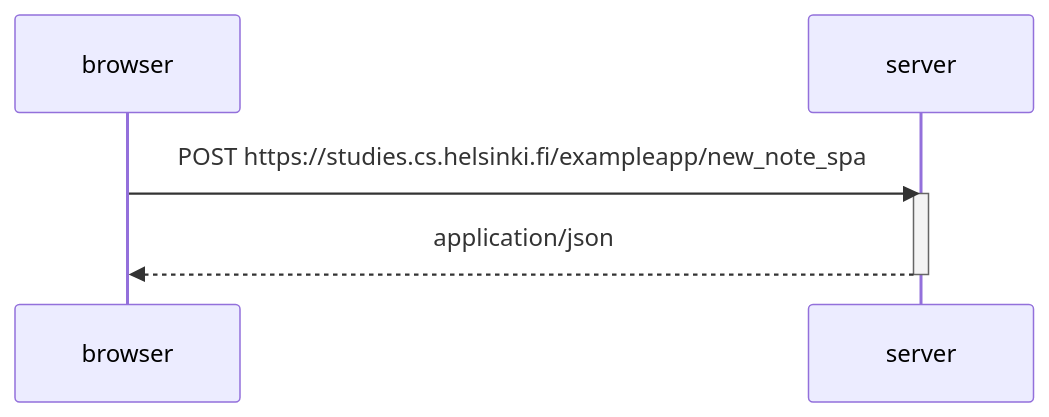
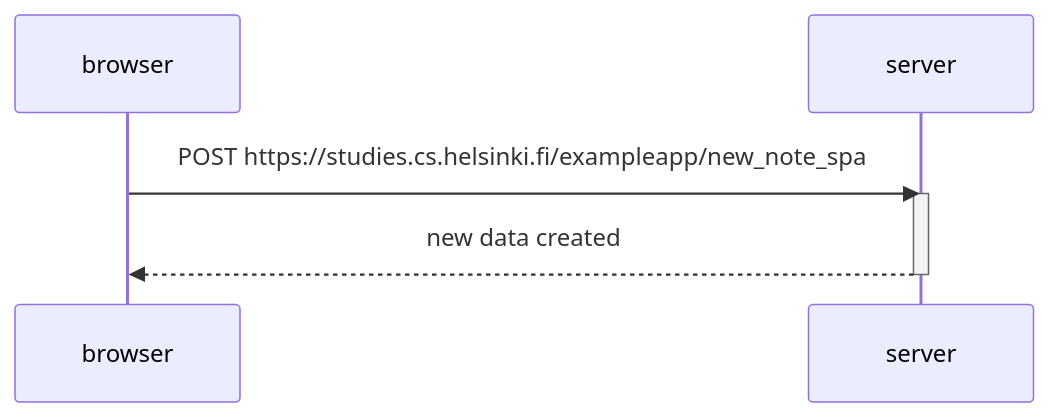
One commit to ymliu978/CSM141081 changed the diagram in part-0/0.6-new-note-in-single-page-app-diagram.md. Above: the diagram before and after it, drawn with Mermaid.

Commit message:
draft completed

````diff
--- a/part-0/0.6-new-note-in-single-page-app-diagram.md
+++ b/part-0/0.6-new-note-in-single-page-app-diagram.md
@@ -3,11 +3,11 @@
 ```mermaid
 sequenceDiagram
     participant browser
     participant server
     
     browser->>server: POST https://studies.cs.helsinki.fi/exampleapp/new_note_spa
     activate server
-    server-->>browser: application/json
+    server-->>browser: new data created
     deactivate server
     
 ```
````
